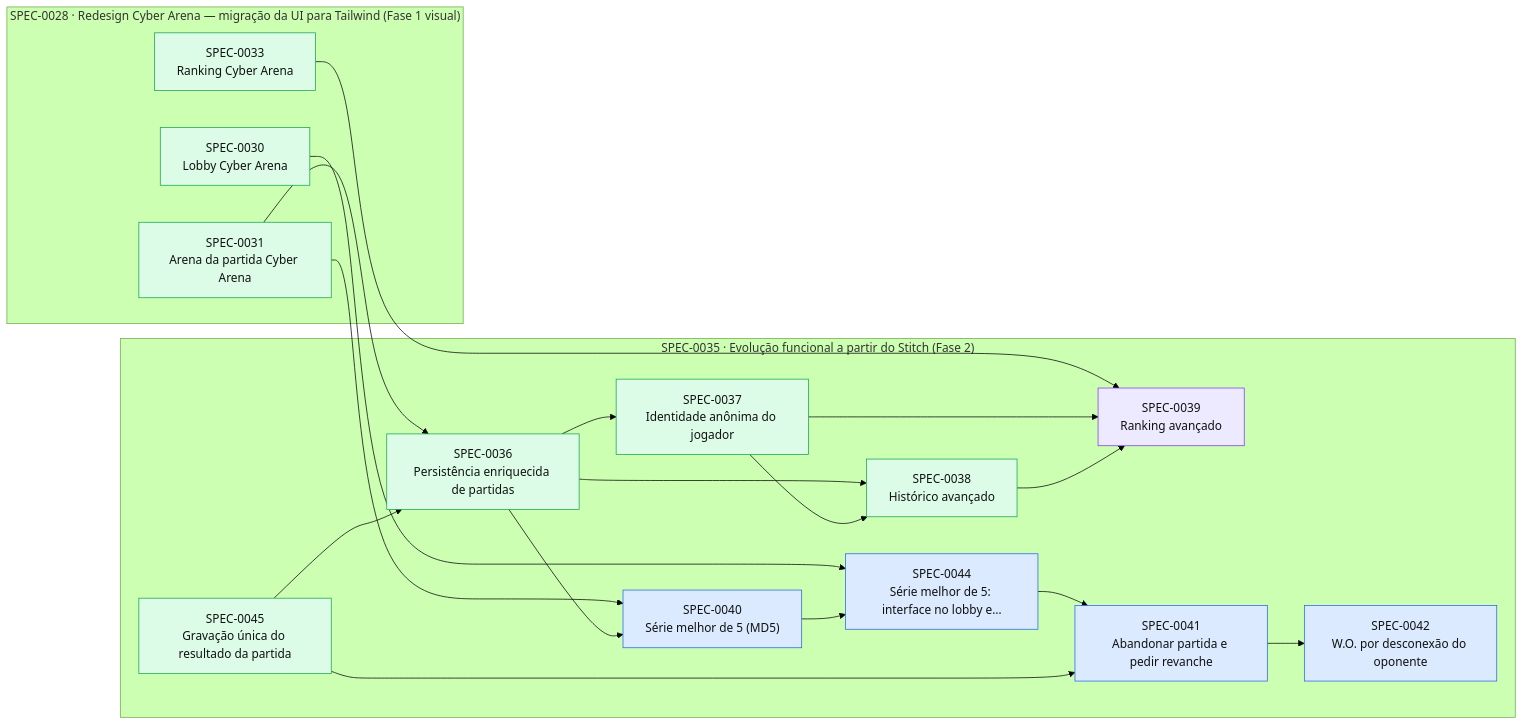
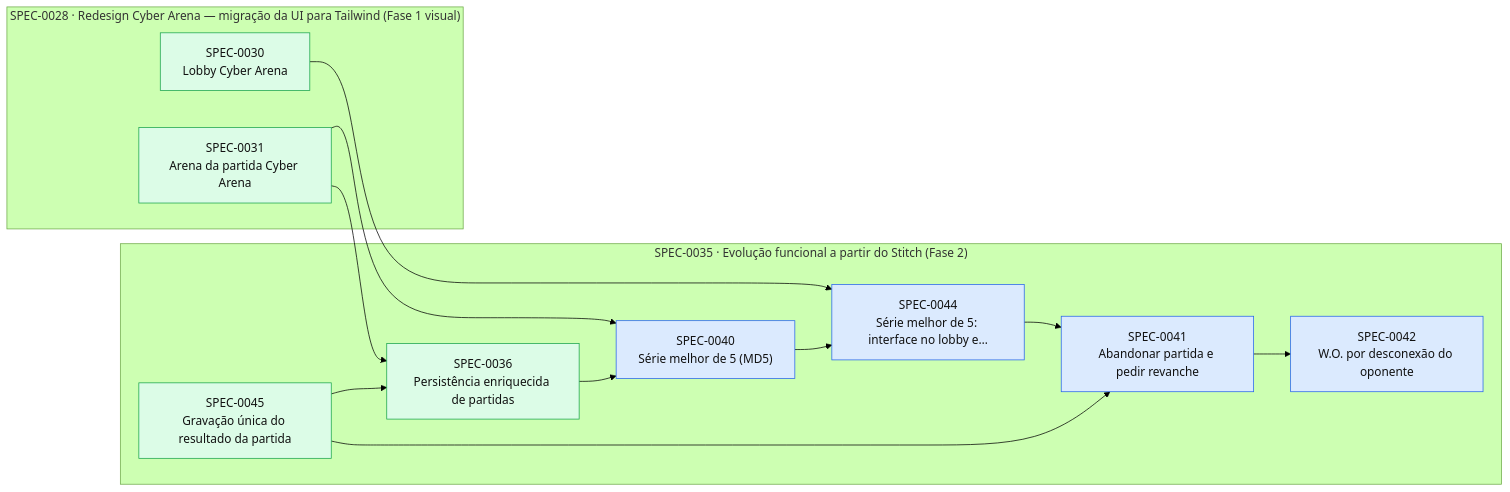
Before and after one commit to thomasravache/jogo-da-velha-multiplayer: the diagram in docs/specs/INDEX.md, drawn with Mermaid (forest theme). The commit also changed other lines of this file and 2 other files, not shown here.

First line of the commit message:
docs(specs): fechar SPEC-0039 (relatório de entrega e CHANGELOG)

````diff
--- a/docs/specs/INDEX.md
+++ b/docs/specs/INDEX.md
@@ -40,39 +39,29 @@
 ```mermaid
 flowchart LR
   subgraph E0028["SPEC-0028 · Redesign Cyber Arena — migração da UI para Tailwind (Fase 1 visual)"]
     S0030["SPEC-0030<br/>Lobby Cyber Arena"]:::implemented
     S0031["SPEC-0031<br/>Arena da partida Cyber Arena"]:::implemented
-    S0033["SPEC-0033<br/>Ranking Cyber Arena"]:::implemented
   end
   subgraph E0035["SPEC-0035 · Evolução funcional a partir do Stitch (Fase 2)"]
     S0036["SPEC-0036<br/>Persistência enriquecida de partidas"]:::implemented
-    S0037["SPEC-0037<br/>Identidade anônima do jogador"]:::implemented
-    S0038["SPEC-0038<br/>Histórico avançado"]:::implemented
-    S0039["SPEC-0039<br/>Ranking avançado"]:::inprogress
     S0040["SPEC-0040<br/>Série melhor de 5 (MD5)"]:::approved
     S0041["SPEC-0041<br/>Abandonar partida e pedir revanche"]:::approved
     S0042["SPEC-0042<br/>W.O. por desconexão do oponente"]:::approved
     S0044["SPEC-0044<br/>Série melhor de 5: interface no lobby e…"]:::approved
     S0045["SPEC-0045<br/>Gravação única do resultado da partida"]:::implemented
   end
   S0031 --> S0036
   S0045 --> S0036
-  S0036 --> S0037
-  S0036 --> S0038
-  S0037 --> S0038
-  S0033 --> S0039
-  S0037 --> S0039
-  S0038 --> S0039
   S0031 --> S0040
   S0036 --> S0040
   S0044 --> S0041
   S0045 --> S0041
   S0041 --> S0042
   S0030 --> S0044
   S0040 --> S0044
   classDef proposed fill:#fef3c7,stroke:#d97706,color:#111
   classDef approved fill:#dbeafe,stroke:#2563eb,color:#111
   classDef inprogress fill:#ede9fe,stroke:#7c3aed,color:#111
   classDef implemented fill:#dcfce7,stroke:#16a34a,color:#111
   classDef deprecated fill:#f3f4f6,stroke:#9ca3af,color:#6b7280
 ```
````
